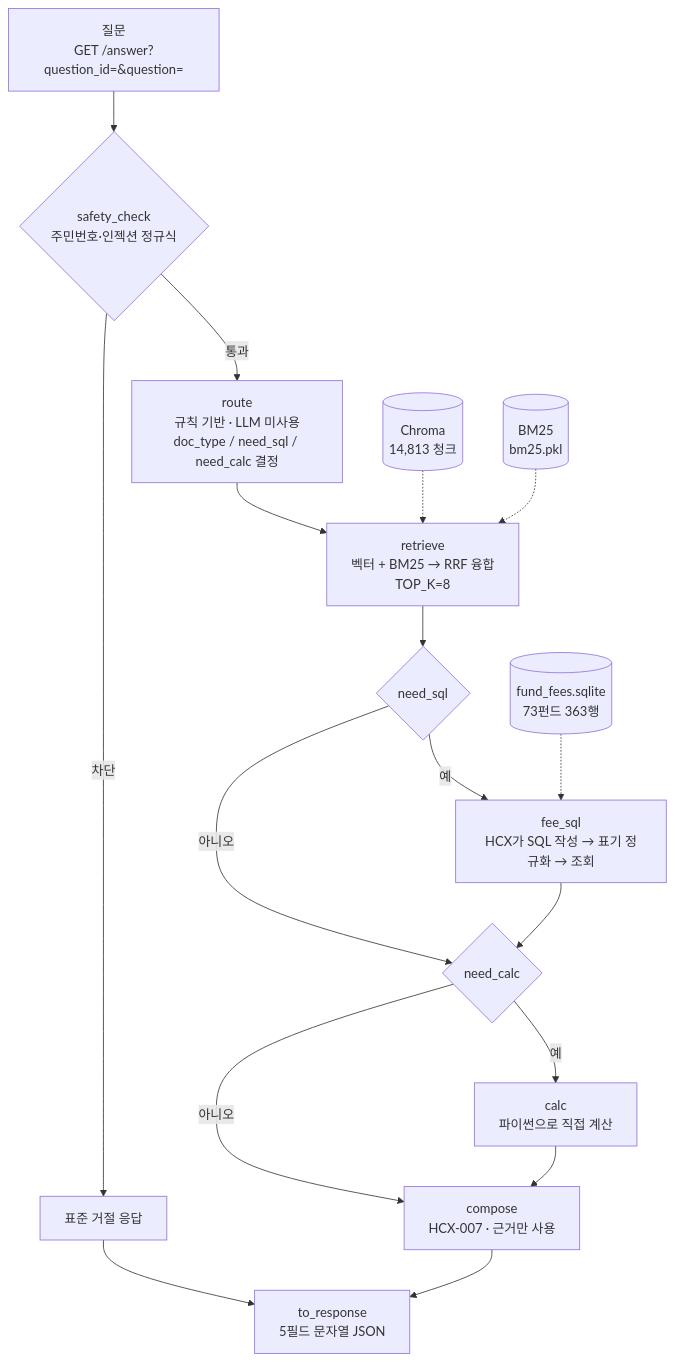
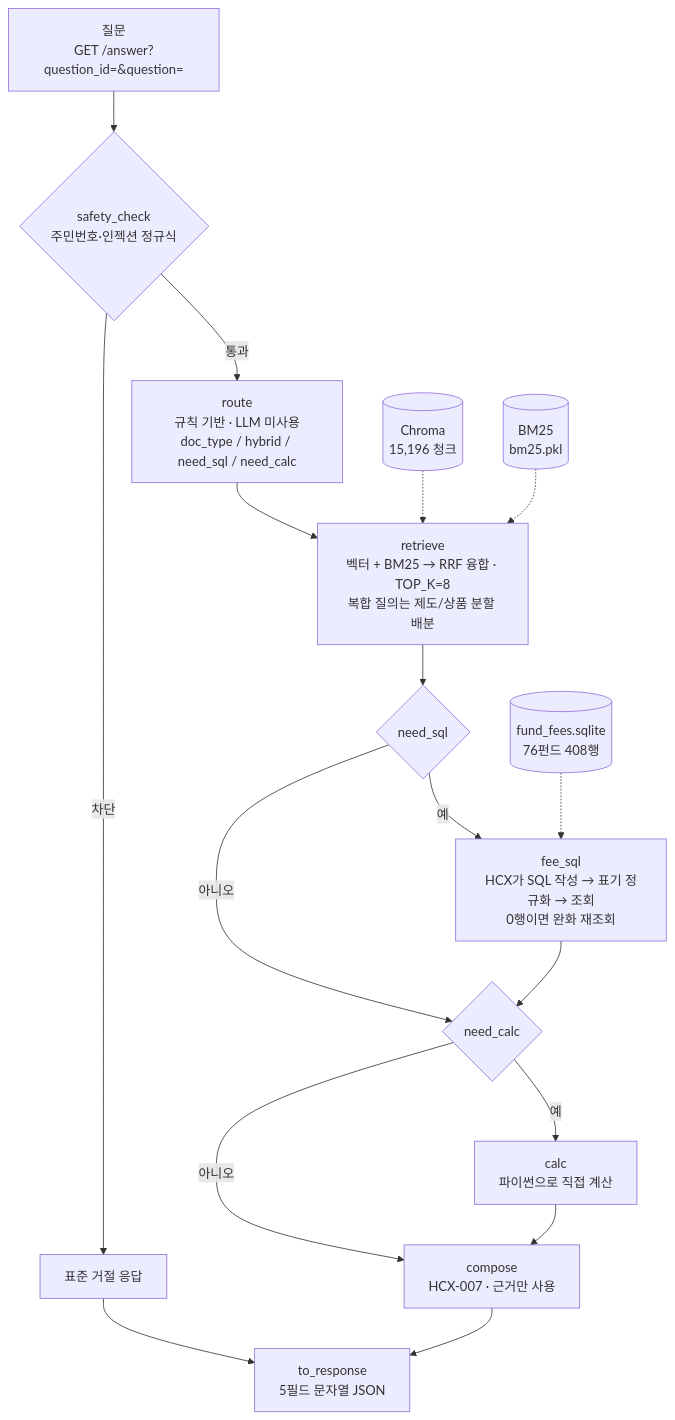
The first of 2 diagrams in README.md (penguinnote/Mirae_Naver_MultiAgent), drawn with Mermaid before and after one commit. The commit also changed other lines of this file, not shown here.

````diff
--- a/README.md
+++ b/README.md
@@ -14,36 +14,36 @@
 ```mermaid
 flowchart TD
     Q["질문<br/>GET /answer?question_id=&question="]
     SAFE{"safety_check<br/>주민번호·인젝션 정규식"}
     REFUSE["표준 거절 응답"]
-    ROUTE["route<br/>규칙 기반 · LLM 미사용<br/>doc_type / need_sql / need_calc 결정"]
-    RETR["retrieve<br/>벡터 + BM25 → RRF 융합<br/>TOP_K=8"]
+    ROUTE["route<br/>규칙 기반 · LLM 미사용<br/>doc_type / hybrid / need_sql / need_calc"]
+    RETR["retrieve<br/>벡터 + BM25 → RRF 융합 · TOP_K=8<br/>복합 질의는 제도/상품 분할 배분"]
     D1{"need_sql"}
-    FEE["fee_sql<br/>HCX가 SQL 작성 → 표기 정규화 → 조회"]
+    FEE["fee_sql<br/>HCX가 SQL 작성 → 표기 정규화 → 조회<br/>0행이면 완화 재조회"]
     D2{"need_calc"}
     CALC["calc<br/>파이썬으로 직접 계산"]
     COMP["compose<br/>HCX-007 · 근거만 사용"]
     RESP["to_response<br/>5필드 문자열 JSON"]
 
-    CHROMA[("Chroma<br/>14,813 청크")]
+    CHROMA[("Chroma<br/>15,196 청크")]
     BM25[("BM25<br/>bm25.pkl")]
-    FEEDB[("fund_fees.sqlite<br/>73펀드 363행")]
+    FEEDB[("fund_fees.sqlite<br/>76펀드 408행")]
 
     Q --> SAFE
     SAFE -->|"차단"| REFUSE
     REFUSE --> RESP
     SAFE -->|"통과"| ROUTE
     ROUTE --> RETR
     RETR --> D1
     D1 -->|"예"| FEE
     D1 -->|"아니오"| D2
     FEE --> D2
     D2 -->|"예"| CALC
     D2 -->|"아니오"| COMP
     CALC --> COMP
     COMP --> RESP
 
     CHROMA -.-> RETR
     BM25 -.-> RETR
     FEEDB -.-> FEE
 ```
````
